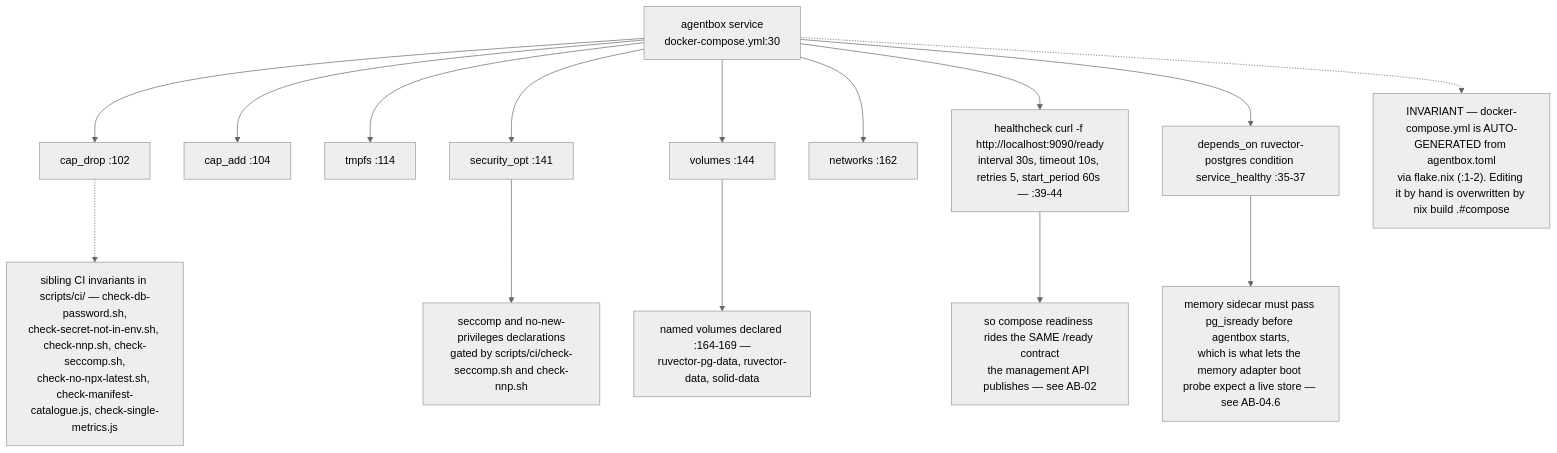
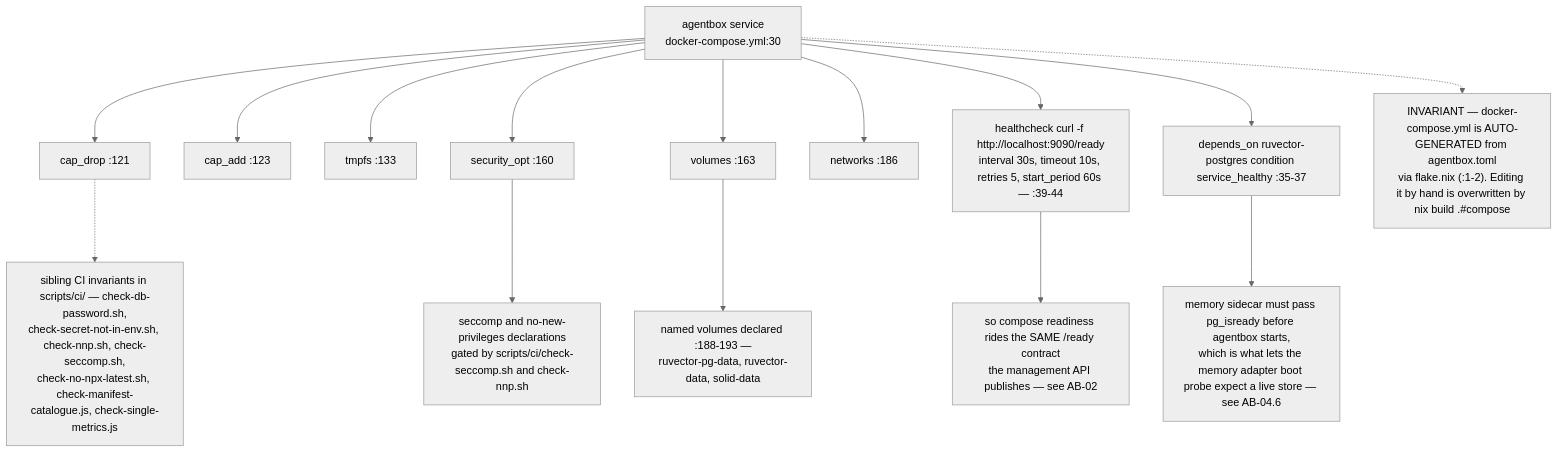
One commit to DreamLab-AI/VisionFlow changed the eighth of 10 diagrams in docs/diagrams/agentbox/06-sidecars-and-compose-overlays.md. Above: the diagram before and after it, drawn with Mermaid (neutral theme). The commit also changed other lines of this file and 28 other files, not shown here.

````diff
--- a/docs/diagrams/agentbox/06-sidecars-and-compose-overlays.md
+++ b/docs/diagrams/agentbox/06-sidecars-and-compose-overlays.md
@@ -236,17 +239,17 @@
 ```mermaid
 flowchart TD
-    AB["agentbox service<br/>docker-compose.yml:30"] --> CD["cap_drop :102"]
-    AB --> CA2["cap_add :104"]
-    AB --> TM["tmpfs :114"]
-    AB --> SO["security_opt :141"]
-    AB --> VOL["volumes :144"]
-    AB --> NET["networks :162"]
+    AB["agentbox service<br/>docker-compose.yml:30"] --> CD["cap_drop :121"]
+    AB --> CA2["cap_add :123"]
+    AB --> TM["tmpfs :133"]
+    AB --> SO["security_opt :160"]
+    AB --> VOL["volumes :163"]
+    AB --> NET["networks :186"]
     SO --> SCC["seccomp and no-new-privileges declarations<br/>gated by scripts/ci/check-seccomp.sh and check-nnp.sh"]
-    VOL --> NV["named volumes declared :164-169 —<br/>ruvector-pg-data, ruvector-data, solid-data"]
+    VOL --> NV["named volumes declared :188-193 —<br/>ruvector-pg-data, ruvector-data, solid-data"]
     AB --> HC["healthcheck curl -f http://localhost:9090/ready<br/>interval 30s, timeout 10s, retries 5, start_period 60s — :39-44"]
     HC --> RDY["so compose readiness rides the SAME /ready contract<br/>the management API publishes — see AB-02"]
     AB --> DEP["depends_on ruvector-postgres condition service_healthy :35-37"]
     DEP --> ORD["memory sidecar must pass pg_isready before agentbox starts,<br/>which is what lets the memory adapter boot probe expect a live store — see AB-04.6"]
     AB -.-> GEN["INVARIANT — docker-compose.yml is AUTO-GENERATED from agentbox.toml<br/>via flake.nix (:1-2). Editing it by hand is overwritten by nix build .#compose"]
     CD -.-> SIB["sibling CI invariants in scripts/ci/ — check-db-password.sh,<br/>check-secret-not-in-env.sh, check-nnp.sh, check-seccomp.sh,<br/>check-no-npx-latest.sh, check-manifest-catalogue.js, check-single-metrics.js"]
 ```
````
